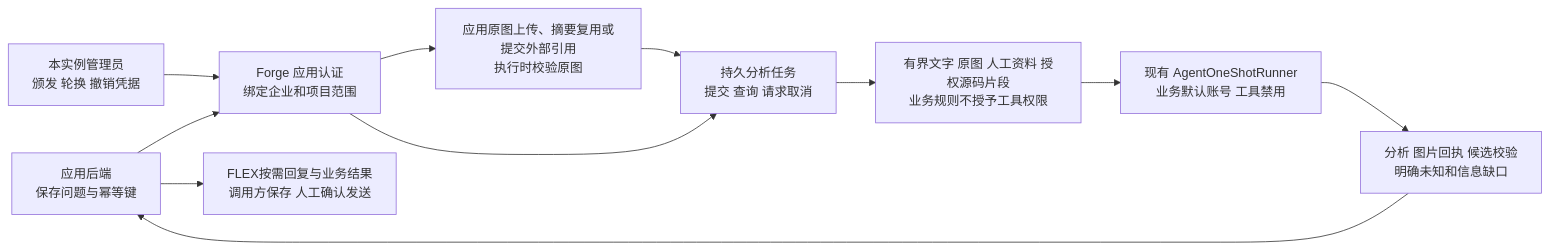
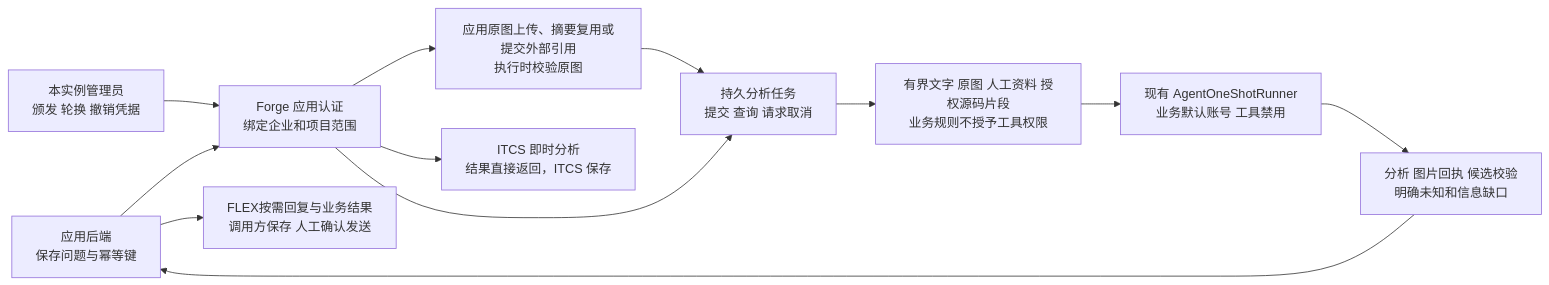
Diagram 50 of 51 in docs/ai-coding-architecture.md (exception-coder/kai-toolbox), drawn with Mermaid before and after one commit. The commit also changed 10 other files, not shown here.

````diff
--- a/docs/ai-coding-architecture.md
+++ b/docs/ai-coding-architecture.md
@@ -1261,13 +1261,14 @@
 ```mermaid
 flowchart LR
     APP["应用后端<br/>保存问题与幂等键"] --> AUTH["Forge 应用认证<br/>绑定企业和项目范围"]
     ADMIN["本实例管理员<br/>颁发 轮换 撤销凭据"] --> AUTH
     AUTH --> IMAGE["应用原图上传、摘要复用或提交外部引用<br/>执行时校验原图"]
+    AUTH --> DIRECT["ITCS 即时分析<br/>结果直接返回，ITCS 保存"]
     IMAGE --> TASK["持久分析任务<br/>提交 查询 请求取消"]
     AUTH --> TASK
     TASK --> DATA["有界文字 原图 人工资料 授权源码片段<br/>业务规则不授予工具权限"]
     DATA --> AGENT["现有 AgentOneShotRunner<br/>业务默认账号 工具禁用"]
     AGENT --> CHECK["分析 图片回执 候选校验<br/>明确未知和信息缺口"]
     CHECK --> APP
     APP --> HUMAN["FLEX按需回复与业务结果<br/>调用方保存 人工确认发送"]
 ```
````
